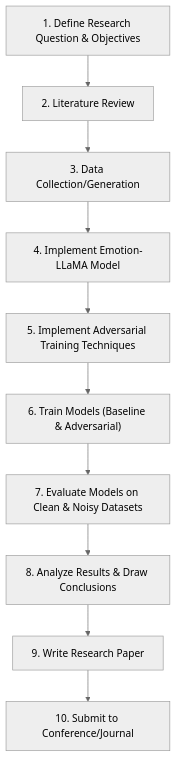
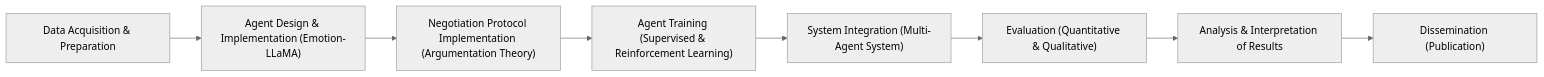
One commit to Lum1104/agent-brainstorm changed the diagram in example.md. Above: the diagram before and after it, drawn with Mermaid (neutral theme). The commit also changed other lines of this file and 1 other file, not shown here.

````diff
--- a/example.md
+++ b/example.md
@@ -277,23 +246,10 @@
 ```mermaid
-graph TD
-    A["1. Define Research Question & Objectives"];
-    B["2. Literature Review"];
-    C["3. Data Collection/Generation"];
-    D["4. Implement Emotion-LLaMA Model"];
-    E["5. Implement Adversarial Training Techniques"];
-    F["6. Train Models (Baseline & Adversarial)"];
-    G["7. Evaluate Models on Clean & Noisy Datasets"];
-    H["8. Analyze Results & Draw Conclusions"];
-    I["9. Write Research Paper"];
-    J["10. Submit to Conference/Journal"];
-
-    A --> B;
-    B --> C;
-    C --> D;
-    D --> E;
-    E --> F;
-    F --> G;
-    G --> H;
-    H --> I;
-    I --> J;
+graph LR
+    A["Data Acquisition & Preparation"] --> B["Agent Design & Implementation (Emotion-LLaMA)"];
+    B --> C["Negotiation Protocol Implementation (Argumentation Theory)"];
+    C --> D["Agent Training (Supervised & Reinforcement Learning)"];
+    D --> E["System Integration (Multi-Agent System)"];
+    E --> F["Evaluation (Quantitative & Qualitative)"];
+    F --> G["Analysis & Interpretation of Results"];
+    G --> H["Dissemination (Publication)"];
 ```
````
